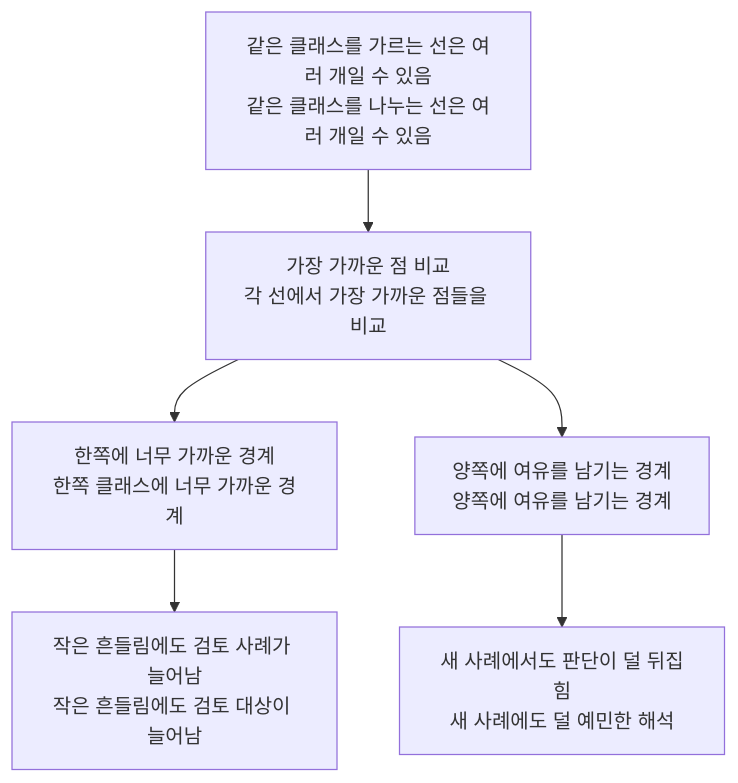
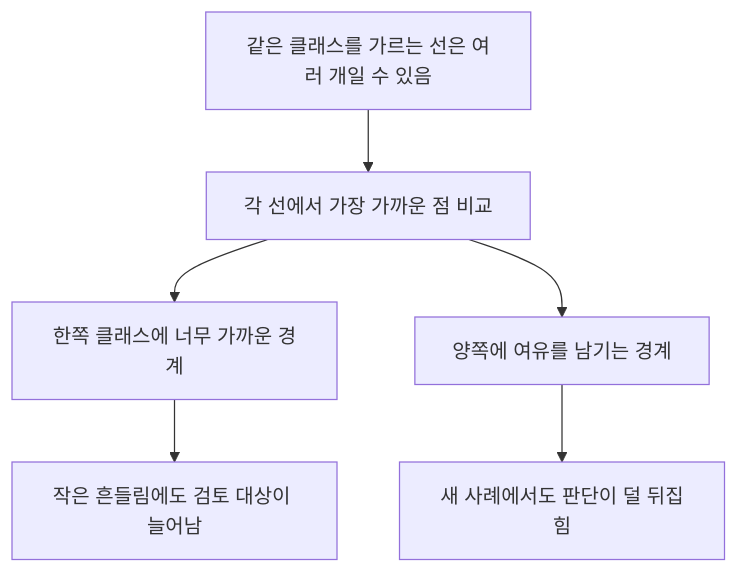
One commit to devchan64/AiBook changed the diagram in docs/assets/part-04/chapter-13/p4-13-1-mermaid-01-ko.mmd. Above: the diagram before and after it, drawn with Mermaid. The commit also changed 5 other files, not shown here.

Commit message:
Refine duplicated part 4 mermaid labels

```diff
--- a/docs/assets/part-04/chapter-13/p4-13-1-mermaid-01-ko.mmd
+++ b/docs/assets/part-04/chapter-13/p4-13-1-mermaid-01-ko.mmd
@@ -1,11 +1,11 @@
 flowchart TD
-  A["같은 클래스를 가르는 선은 여러 개일 수 있음<br/>같은 클래스를 나누는 선은 여러 개일 수 있음"]
-  B["가장 가까운 점 비교<br/>각 선에서 가장 가까운 점들을 비교"]
-  C["한쪽에 너무 가까운 경계<br/>한쪽 클래스에 너무 가까운 경계"]
-  D["양쪽에 여유를 남기는 경계<br/>양쪽에 여유를 남기는 경계"]
-  E["작은 흔들림에도 검토 사례가 늘어남<br/>작은 흔들림에도 검토 대상이 늘어남"]
-  F["새 사례에서도 판단이 덜 뒤집힘<br/>새 사례에도 덜 예민한 해석"]
+  A["같은 클래스를 가르는 선은 여러 개일 수 있음"]
+  B["각 선에서 가장 가까운 점 비교"]
+  C["한쪽 클래스에 너무 가까운 경계"]
+  D["양쪽에 여유를 남기는 경계"]
+  E["작은 흔들림에도 검토 대상이 늘어남"]
+  F["새 사례에서도 판단이 덜 뒤집힘"]
 
   A --> B
   B --> C --> E
   B --> D --> F
```
